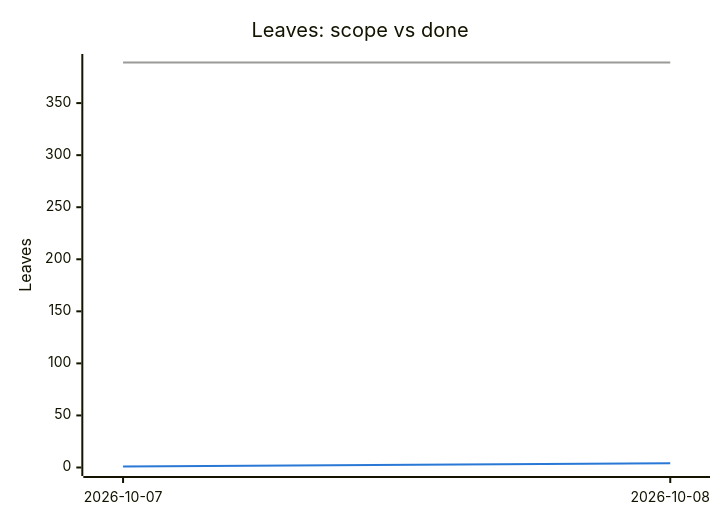
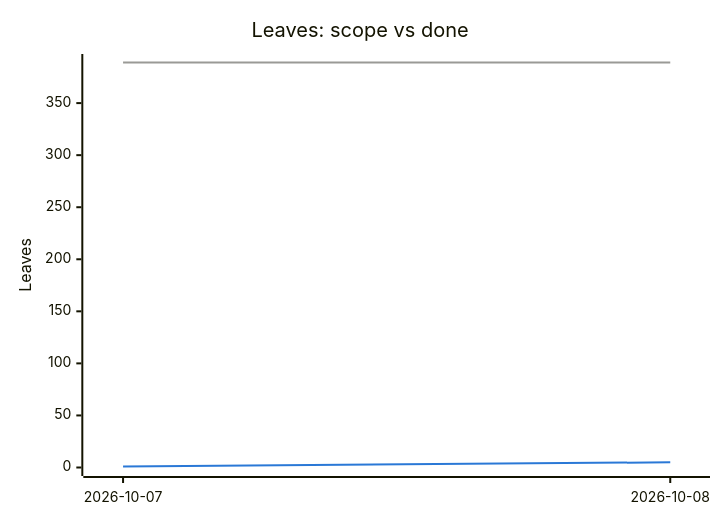
The second of 2 diagrams in PROGRESS.md (tomiok/persiaDB), drawn with Mermaid before and after one commit. The commit also changed other lines of this file and 4 other files, not shown here.

````diff
--- a/PROGRESS.md
+++ b/PROGRESS.md
@@ -106,14 +106,14 @@
 ```mermaid
 ---
 config:
   themeVariables:
     xyChart:
       plotColorPalette: "#9a9a96, #2a78d6"
 ---
 xychart-beta
   title "Leaves: scope vs done"
   x-axis ["2026-10-07", "2026-10-08"]
   y-axis "Leaves" 0 --> 389
   line [389, 389]
-  line [1, 4]
+  line [1, 5]
 ```
````
